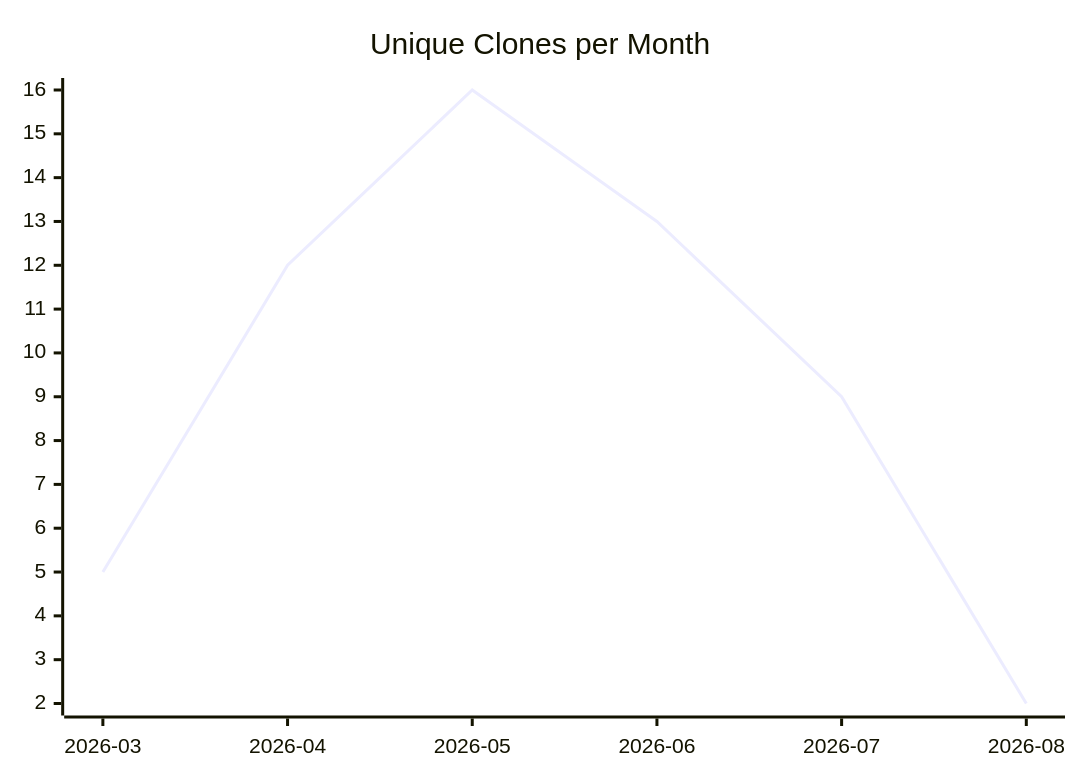
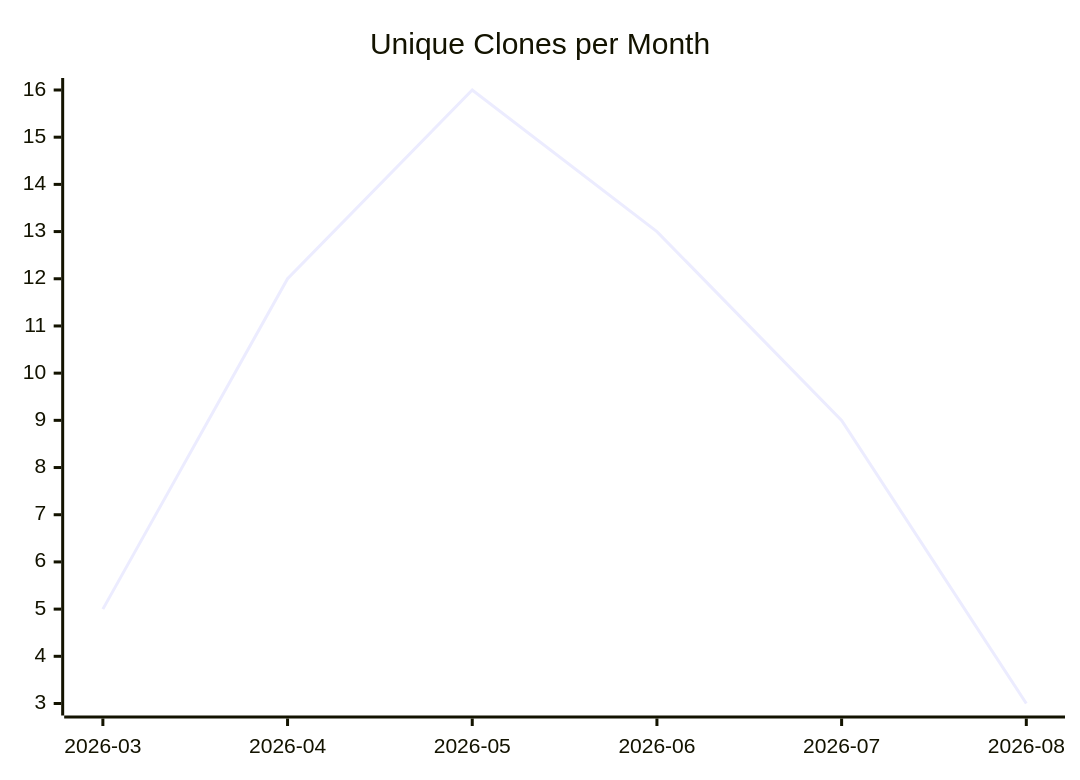
One commit to justdavis-family/github-analytics-data changed the third of 3 diagrams in karlmdavis/justdavis-karl/README.md. Above: the diagram before and after it, drawn with Mermaid. The commit also changed other lines of this file and 156 other files, not shown here.

````diff
--- a/karlmdavis/justdavis-karl/README.md
+++ b/karlmdavis/justdavis-karl/README.md
@@ -19,6 +19,6 @@
 ```mermaid
 xychart-beta
   title "Unique Clones per Month"
   x-axis ["2026-03", "2026-04", "2026-05", "2026-06", "2026-07", "2026-08"]
-  line [5, 12, 16, 13, 9, 2]
+  line [5, 12, 16, 13, 9, 3]
 ```
````
